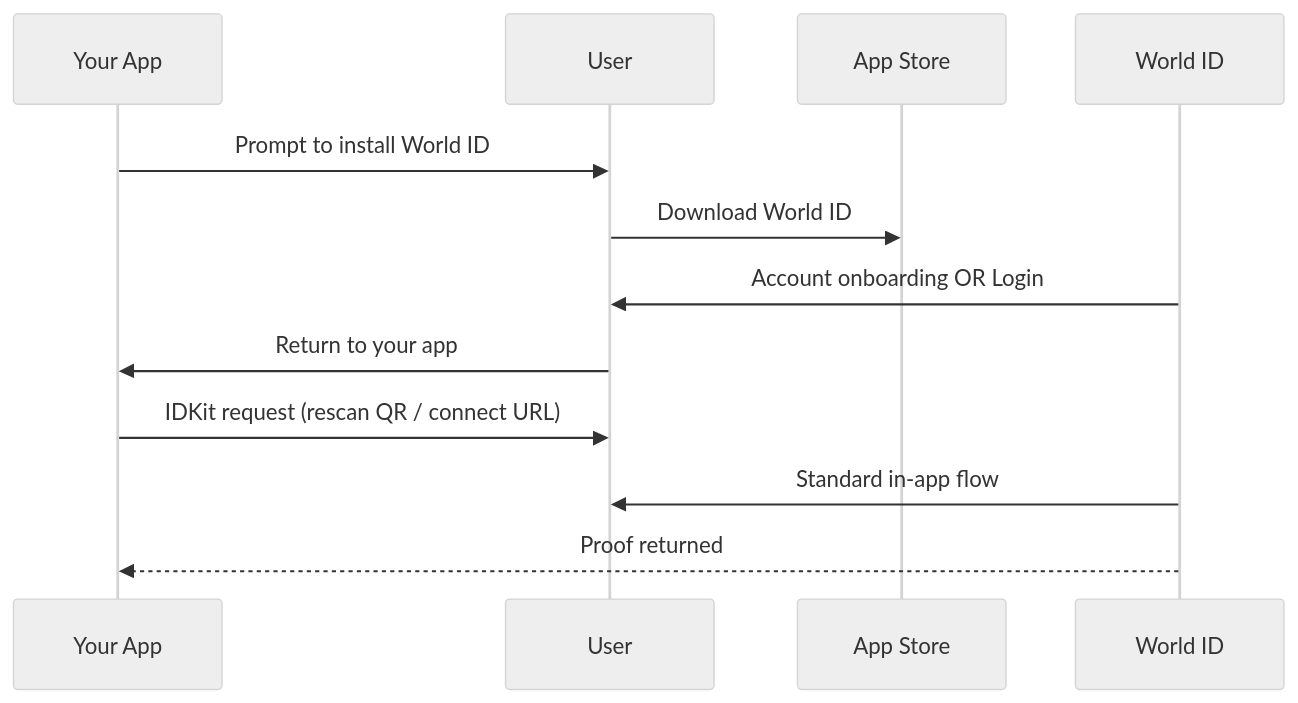
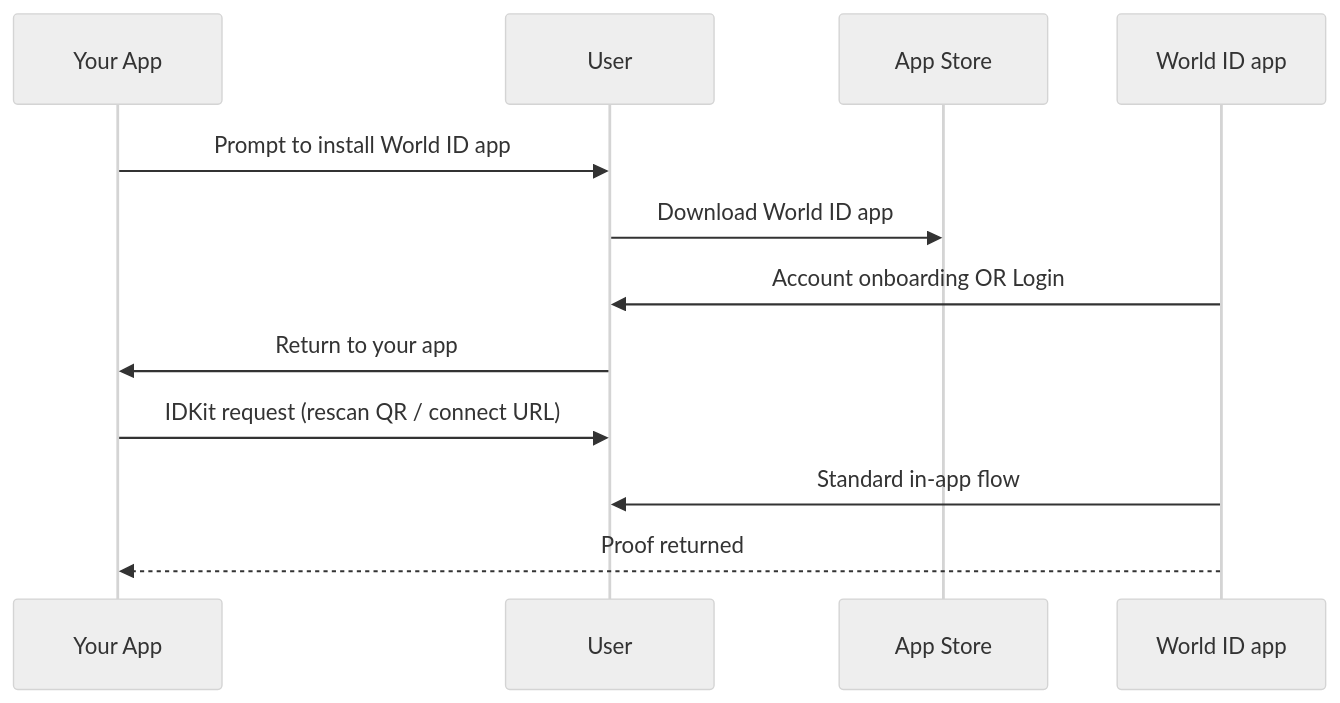
Before and after one commit to worldcoin/developer-docs: the second of 3 diagrams in world-id/idkit/verification-flows.mdx, drawn with Mermaid (neutral theme). The commit also changed other lines of this file and 48 other files, not shown here.

````diff
--- a/world-id/idkit/verification-flows.mdx
+++ b/world-id/idkit/verification-flows.mdx
@@ -59,15 +59,15 @@
 ```mermaid
 sequenceDiagram
     participant App as Your App
     participant User
     participant Store as App Store
-    participant WA as World ID
+    participant WA as World ID app
 
-    App->>User: Prompt to install World ID
-    User->>Store: Download World ID
+    App->>User: Prompt to install World ID app
+    User->>Store: Download World ID app
     WA->>User: Account onboarding OR Login
     User->>App: Return to your app
     App->>User: IDKit request (rescan QR / connect URL)
     WA->>User: Standard in-app flow
     WA-->>App: Proof returned
 ```
````
